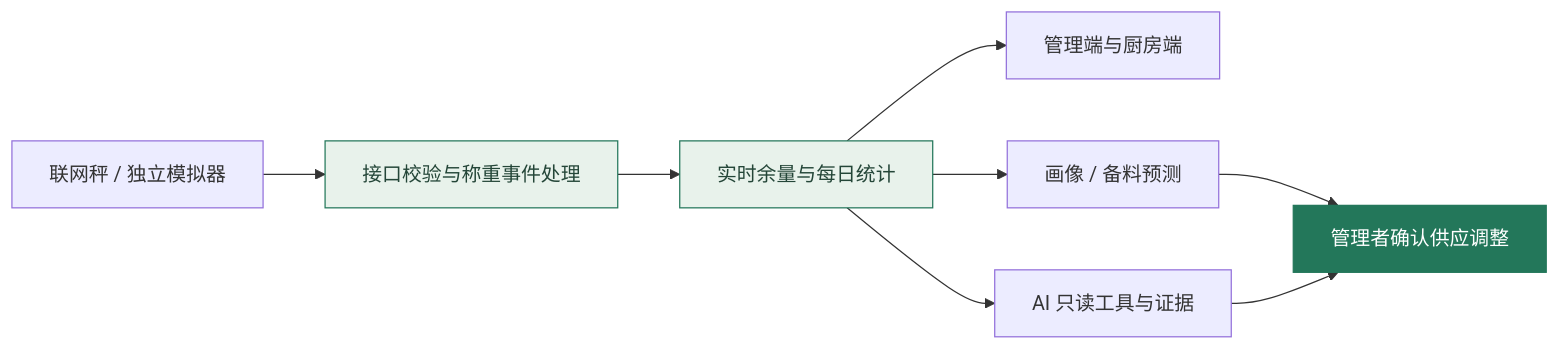
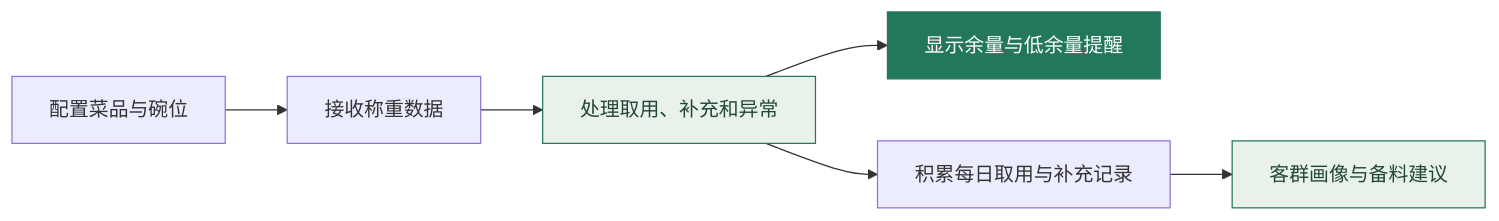
The diagram in README.md (liiiyiiixiii/xikesong), drawn with Mermaid before and after one commit. The commit also changed other lines of this file and 4 other files, not shown here.

````diff
--- a/README.md
+++ b/README.md
@@ -46,13 +15,11 @@
 ```mermaid
 flowchart LR
-  A[联网秤 / 独立模拟器] --> B[接口校验与称重事件处理]
-  B --> C[实时余量与每日统计]
-  C --> D[管理端与厨房端]
-  C --> E[画像 / 备料预测]
-  C --> F[AI 只读工具与证据]
-  E --> G[管理者确认供应调整]
-  F --> G
-  style B fill:#e8f2eb,stroke:#23775a,color:#244638
+  A[配置菜品与碗位] --> B[接收称重数据]
+  B --> C[处理取用、补充和异常]
+  C --> D[显示余量与低余量提醒]
+  C --> E[积累每日取用与补充记录]
+  E --> F[客群画像与备料建议]
   style C fill:#e8f2eb,stroke:#23775a,color:#244638
-  style G fill:#23775a,stroke:#23775a,color:#ffffff
+  style D fill:#23775a,stroke:#23775a,color:#ffffff
+  style F fill:#e8f2eb,stroke:#23775a,color:#244638
 ```
````
